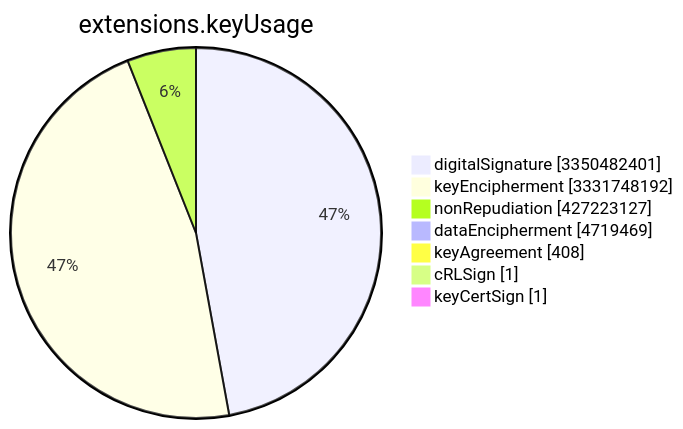
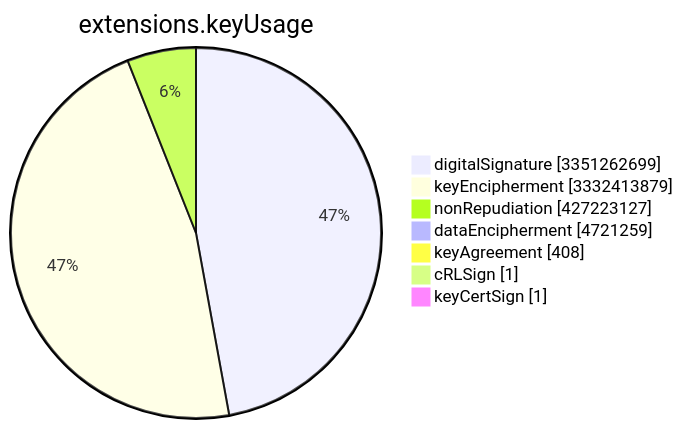
The sixth of 15 diagrams in TOTAL/README.md (christiankrug/ctmonitor_visualization), drawn with Mermaid before and after one commit. The commit also changed other lines of this file, not shown here.

````diff
--- a/TOTAL/README.md
+++ b/TOTAL/README.md
@@ -3079,11 +3079,11 @@
 ```mermaid
 pie showData
 title extensions.keyUsage
-"digitalSignature" :3350482401
-"keyEncipherment" :3331748192
+"digitalSignature" :3351262699
+"keyEncipherment" :3332413879
 "nonRepudiation" :427223127
-"dataEncipherment" :4719469
+"dataEncipherment" :4721259
 "keyAgreement" :408
 "cRLSign" :1
 "keyCertSign" :1
 ```
````
